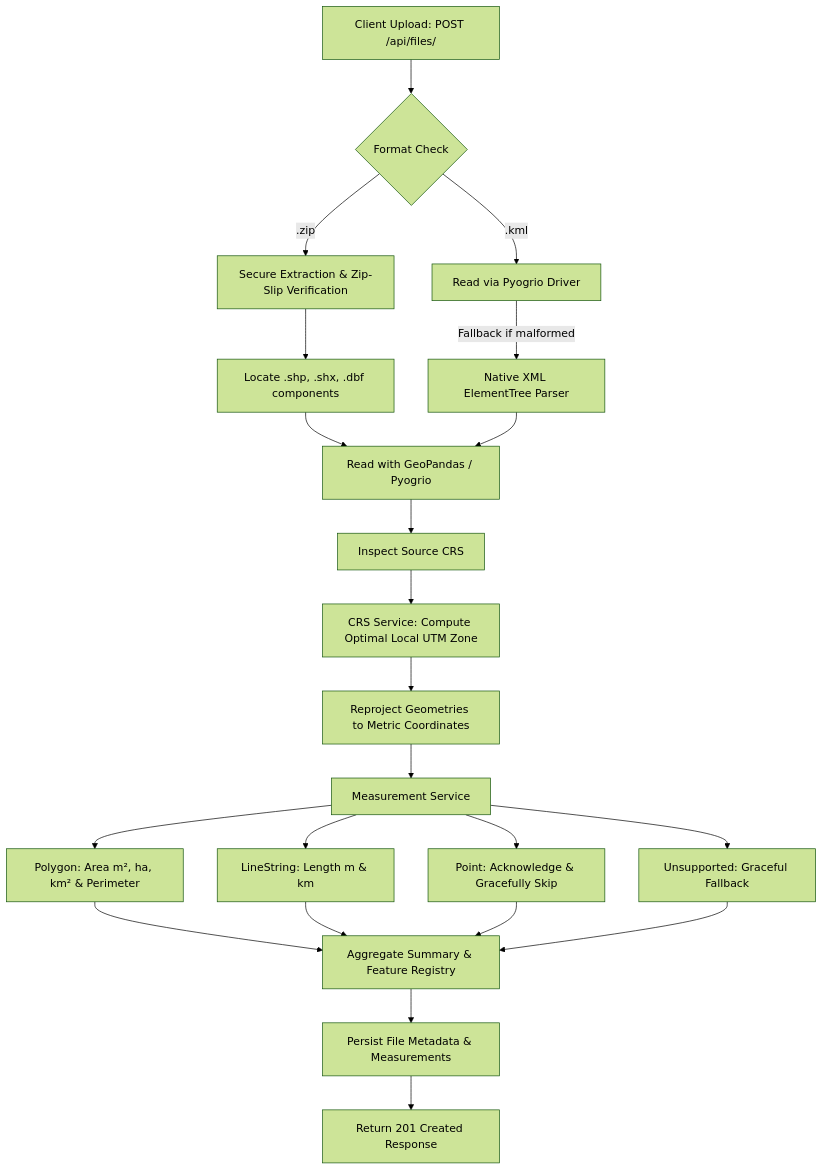
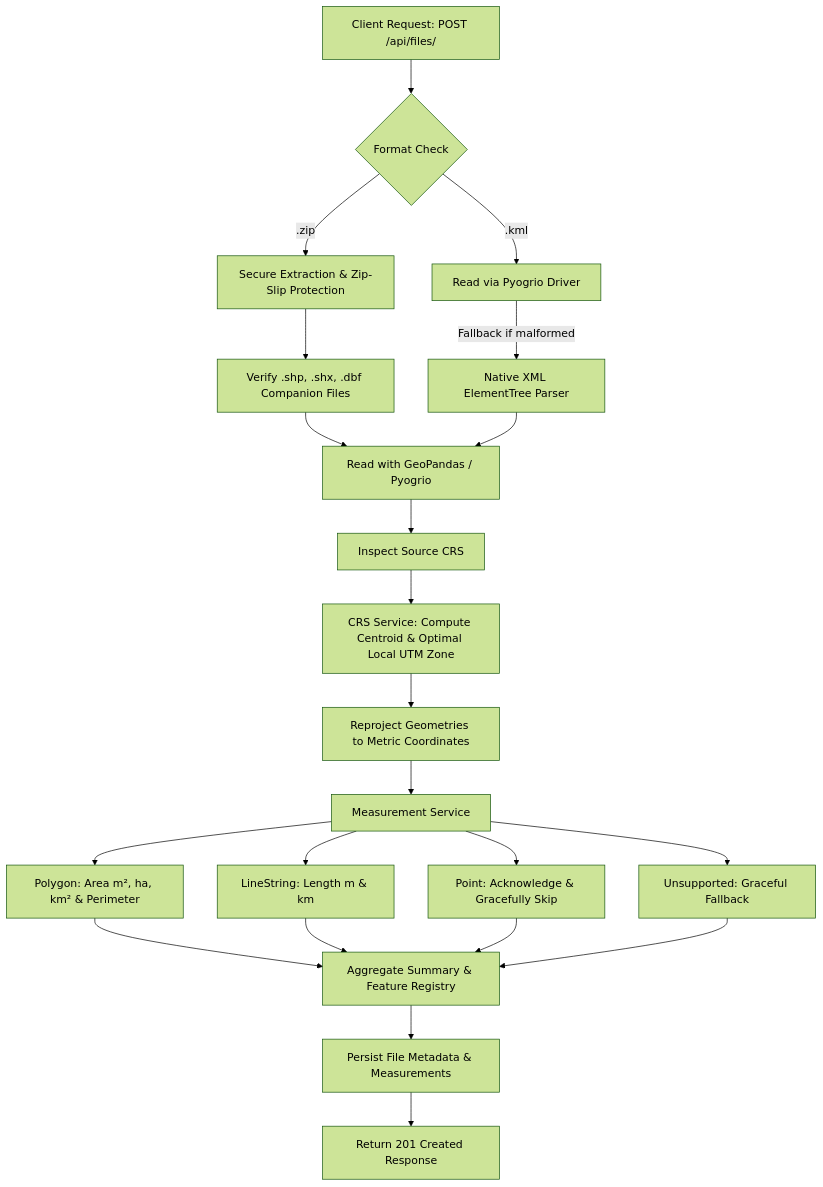
One commit to kishore2818/Aereo-cloud changed the diagram in README.md. Above: the diagram before and after it, drawn with Mermaid (forest theme). The commit also changed other lines of this file, not shown here.

Commit message:
docs: enhance README with detailed architecture, CRS strategy, and repository context

````diff
--- a/README.md
+++ b/README.md
@@ -86,24 +78,24 @@
 ```mermaid
 flowchart TD
-    A[Client Upload: POST /api/files/] --> B{Format Check}
-    B -- .zip --> C[Secure Extraction & Zip-Slip Verification]
-    C --> D[Locate .shp, .shx, .dbf components]
+    A[Client Request: POST /api/files/] --> B{Format Check}
+    B -- .zip --> C[Secure Extraction & Zip-Slip Protection]
+    C --> D[Verify .shp, .shx, .dbf Companion Files]
     D --> E[Read with GeoPandas / Pyogrio]
     B -- .kml --> F[Read via Pyogrio Driver]
     F -- Fallback if malformed --> G[Native XML ElementTree Parser]
     G --> E
     E --> H[Inspect Source CRS]
-    H --> I[CRS Service: Compute Optimal Local UTM Zone]
+    H --> I[CRS Service: Compute Centroid & Optimal Local UTM Zone]
     I --> J[Reproject Geometries to Metric Coordinates]
     J --> K[Measurement Service]
     K --> L[Polygon: Area m², ha, km² & Perimeter]
     K --> M[LineString: Length m & km]
     K --> N[Point: Acknowledge & Gracefully Skip]
     K --> O[Unsupported: Graceful Fallback]
     L --> P[Aggregate Summary & Feature Registry]
     M --> P
     N --> P
     O --> P
     P --> Q[Persist File Metadata & Measurements]
     Q --> R[Return 201 Created Response]
 ```
````
